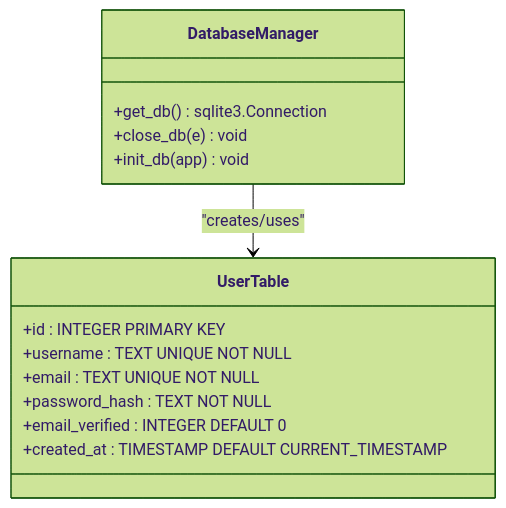
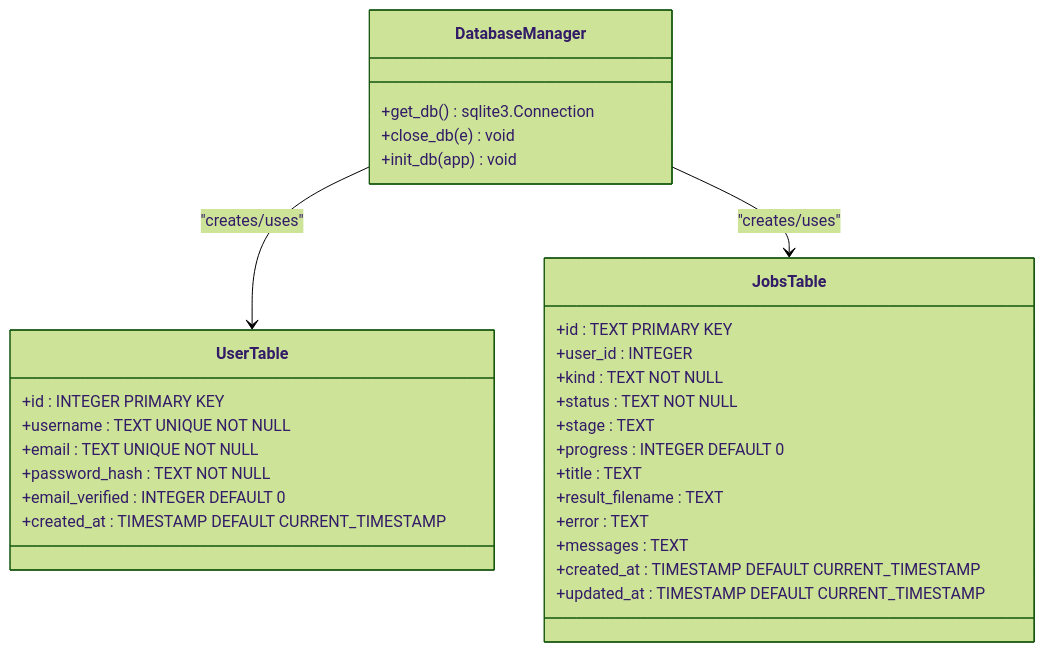
Before and after one commit to PolarisW007/PolaZhenJing: the fourth of 13 diagrams in .qoder/repowiki/en/content/Backend Application/Backend Application.md, drawn with Mermaid (forest theme). The commit also changed other lines of this file and 333 other files, not shown here.

````diff
--- a/.qoder/repowiki/en/content/Backend Application/Backend Application.md
+++ b/.qoder/repowiki/en/content/Backend Application/Backend Application.md
@@ -191,17 +227,32 @@
 ```mermaid
 classDiagram
 class DatabaseManager {
 +get_db() sqlite3.Connection
 +close_db(e) void
 +init_db(app) void
 }
 class UserTable {
 +id : INTEGER PRIMARY KEY
 +username : TEXT UNIQUE NOT NULL
 +email : TEXT UNIQUE NOT NULL
 +password_hash : TEXT NOT NULL
 +email_verified : INTEGER DEFAULT 0
 +created_at : TIMESTAMP DEFAULT CURRENT_TIMESTAMP
 }
+class JobsTable {
++id : TEXT PRIMARY KEY
++user_id : INTEGER
++kind : TEXT NOT NULL
++status : TEXT NOT NULL
++stage : TEXT
++progress : INTEGER DEFAULT 0
++title : TEXT
++result_filename : TEXT
++error : TEXT
++messages : TEXT
++created_at : TIMESTAMP DEFAULT CURRENT_TIMESTAMP
++updated_at : TIMESTAMP DEFAULT CURRENT_TIMESTAMP
+}
 DatabaseManager --> UserTable : "creates/uses"
+DatabaseManager --> JobsTable : "creates/uses"
 ```
````
